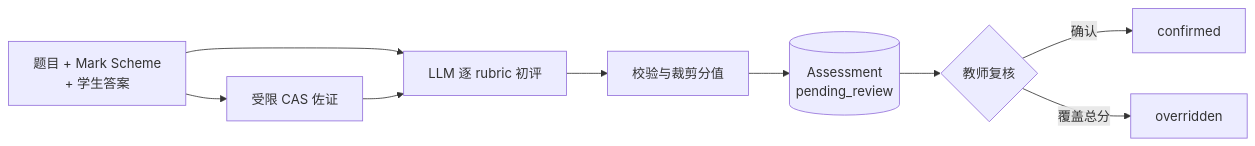
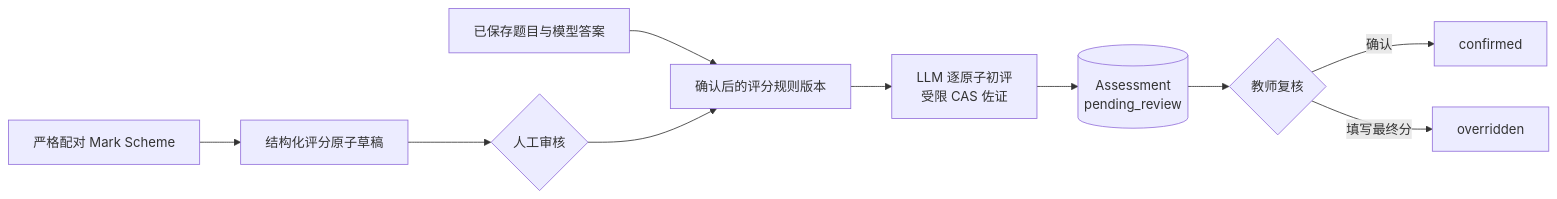
Before and after one commit to wide-sky-with-me/EXamTwin: the second of 3 diagrams in codestable/spec/index.md, drawn with Mermaid. The commit also changed other lines of this file and 134 other files, not shown here.

````diff
--- a/codestable/spec/index.md
+++ b/codestable/spec/index.md
@@ -83,11 +95,12 @@
 ```mermaid
 flowchart LR
-    A[题目 + Mark Scheme<br/>+ 学生答案] --> B[受限 CAS 佐证]
-    A --> C[LLM 逐 rubric 初评]
-    B --> C
-    C --> D[校验与裁剪分值]
-    D --> E[(Assessment<br/>pending_review)]
-    E --> F{教师复核}
-    F -->|确认| G[confirmed]
-    F -->|覆盖总分| H[overridden]
+    A[已保存题目与模型答案] --> D[确认后的评分规则版本]
+    B[严格配对 Mark Scheme] --> C[结构化评分原子草稿]
+    C --> H{人工审核}
+    H --> D
+    D --> E[LLM 逐原子初评<br/>受限 CAS 佐证]
+    E --> F[(Assessment<br/>pending_review)]
+    F --> G{教师复核}
+    G -->|确认| I[confirmed]
+    G -->|填写最终分| J[overridden]
 ```
````
